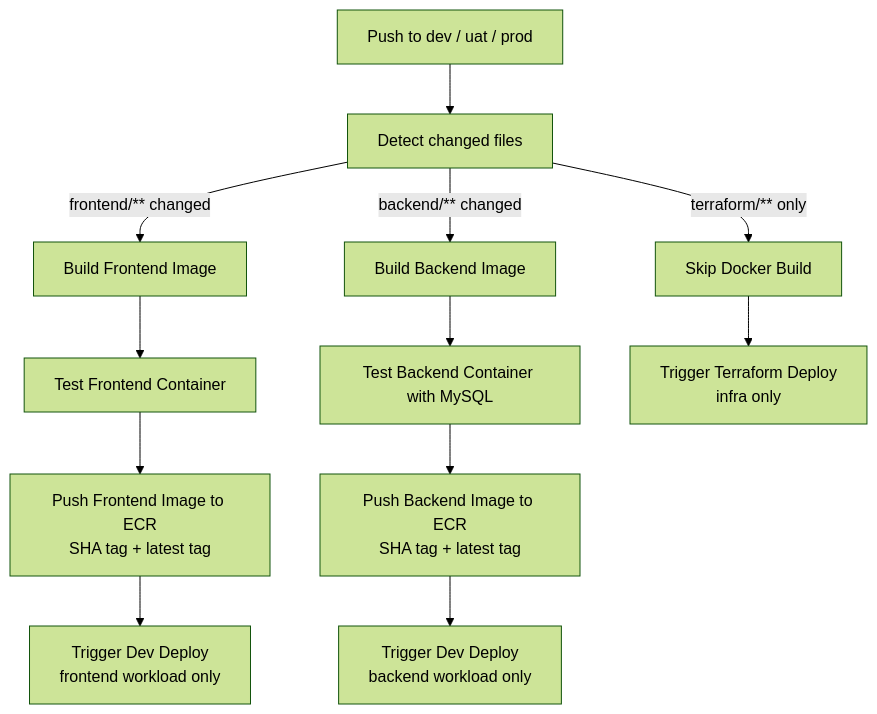
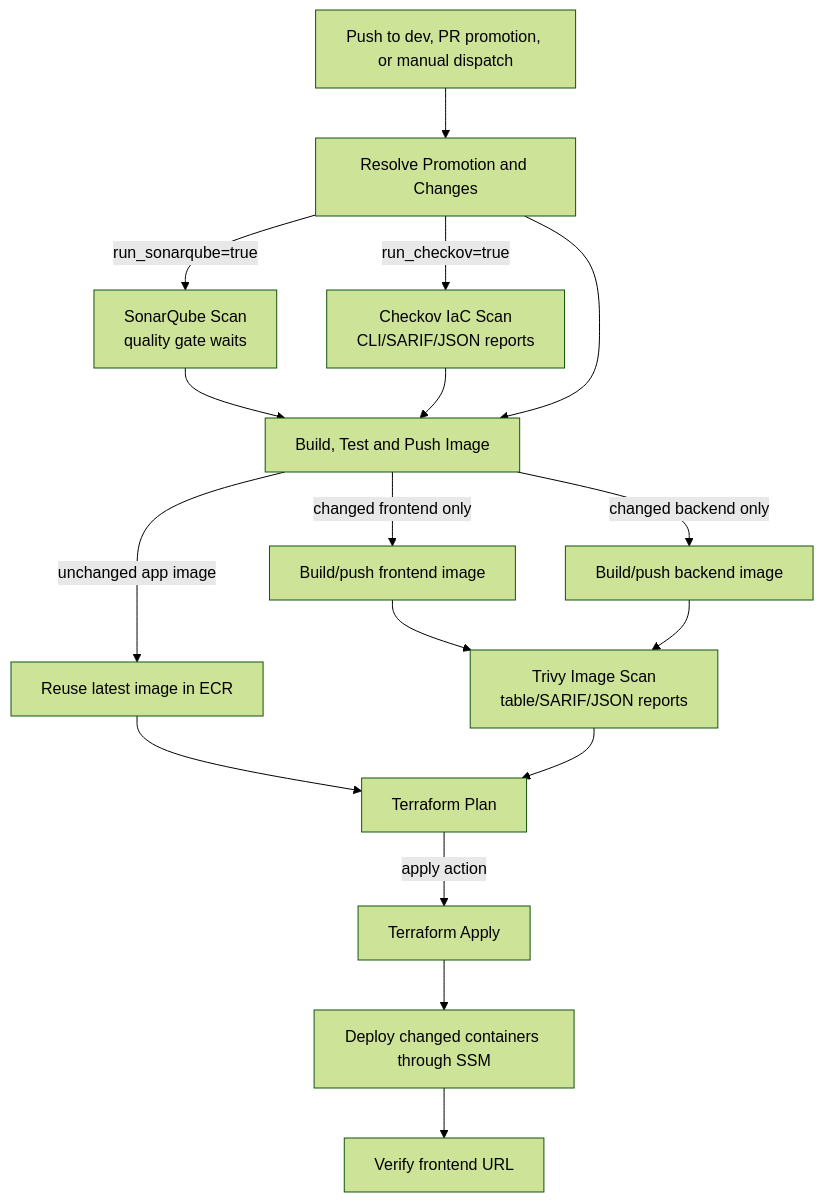
Before and after one commit to Olalekog/todo-3tier-app: the fourth of 6 diagrams in README.md, drawn with Mermaid (forest theme). The commit also changed other lines of this file, not shown here.

````diff
--- a/README.md
+++ b/README.md
@@ -246,19 +192,19 @@
 ```mermaid
 flowchart TD
-    Push[Push to dev / uat / prod] --> Detect[Detect changed files]
-
-    Detect -->|frontend/** changed| BuildFrontend[Build Frontend Image]
-    Detect -->|backend/** changed| BuildBackend[Build Backend Image]
-    Detect -->|terraform/** only| SkipDocker[Skip Docker Build]
-
-    BuildFrontend --> TestFrontend[Test Frontend Container]
-    BuildBackend --> TestBackend[Test Backend Container with MySQL]
-
-    TestFrontend --> PushFrontend[Push Frontend Image to ECR<br/>SHA tag + latest tag]
-    TestBackend --> PushBackend[Push Backend Image to ECR<br/>SHA tag + latest tag]
-
-    PushFrontend --> DeployFrontend[Trigger Dev Deploy<br/>frontend workload only]
-    PushBackend --> DeployBackend[Trigger Dev Deploy<br/>backend workload only]
-
-    SkipDocker --> DeployInfra[Trigger Terraform Deploy<br/>infra only]
+    Trigger[Push to dev, PR promotion, or manual dispatch] --> Resolve[Resolve Promotion and Changes]
+    Resolve -->|run_sonarqube=true| Sonar[SonarQube Scan<br/>quality gate waits]
+    Resolve -->|run_checkov=true| Checkov[Checkov IaC Scan<br/>CLI/SARIF/JSON reports]
+    Sonar --> Docker[Build, Test and Push Image]
+    Checkov --> Docker
+    Resolve --> Docker
+    Docker -->|changed frontend only| FrontendImage[Build/push frontend image]
+    Docker -->|changed backend only| BackendImage[Build/push backend image]
+    Docker -->|unchanged app image| LastImage[Reuse latest image in ECR]
+    FrontendImage --> Trivy[Trivy Image Scan<br/>table/SARIF/JSON reports]
+    BackendImage --> Trivy
+    LastImage --> Plan[Terraform Plan]
+    Trivy --> Plan
+    Plan -->|apply action| Apply[Terraform Apply]
+    Apply --> DeployContainers[Deploy changed containers through SSM]
+    DeployContainers --> Verify[Verify frontend URL]
 ```
````
